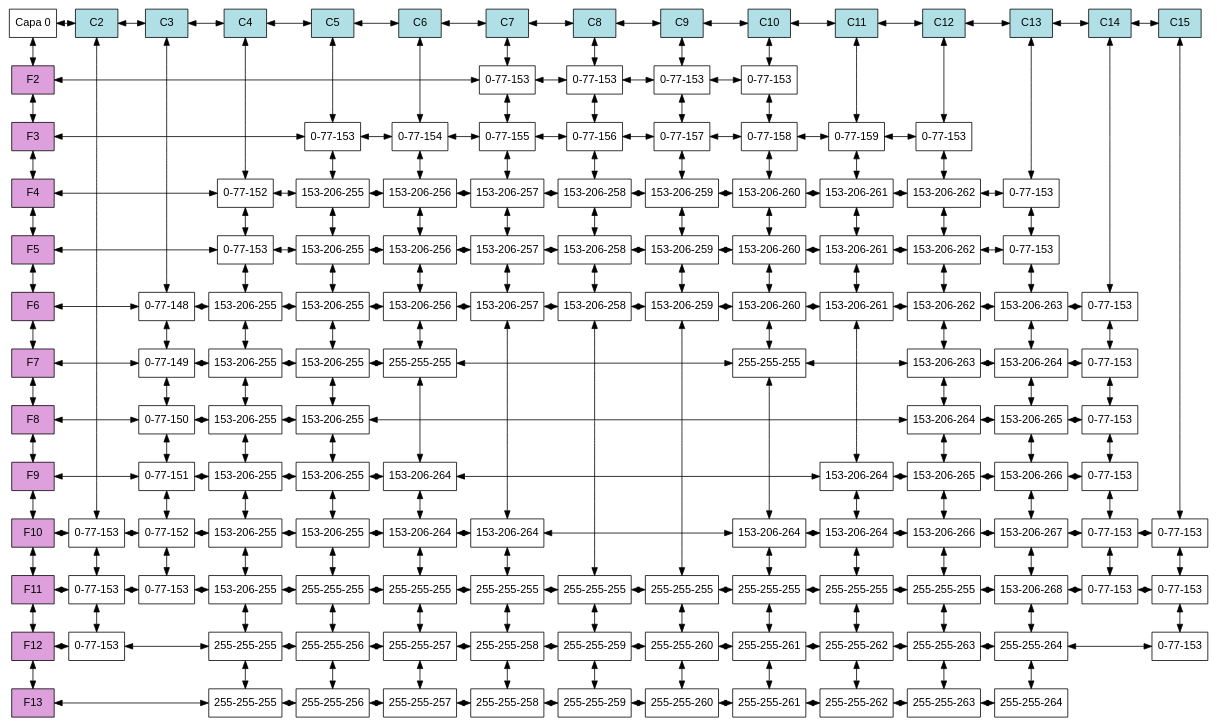
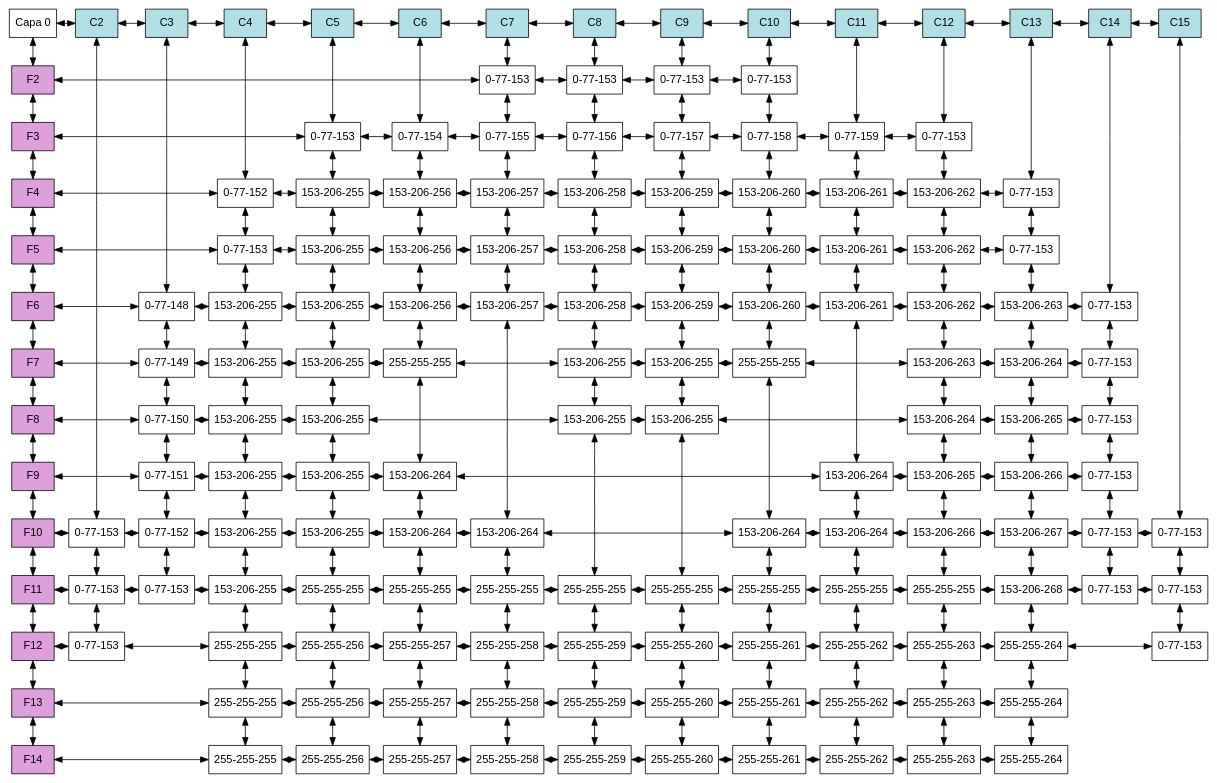
One commit to brandonT2002/EDD_VJ1S2023_PY_202112030 changed the diagram in ave/Cuerpo.dot. Above: the diagram before and after it, drawn with Graphviz. The commit also changed 5 other files, not shown here.

```diff
--- a/ave/Cuerpo.dot
+++ b/ave/Cuerpo.dot
@@ -14,6 +14,7 @@
 	F11[group="0" fillcolor="plum"];
 	F12[group="0" fillcolor="plum"];
 	F13[group="0" fillcolor="plum"];
+	F14[group="0" fillcolor="plum"];
 	C2[group="2" fillcolor="powderblue"];
 	C3[group="3" fillcolor="powderblue"];
 	C4[group="4" fillcolor="powderblue"];
@@ -47,6 +48,7 @@
 	N11_4[group="4" label="153-206-255"];
 	N12_4[group="4" label="255-255-255"];
 	N13_4[group="4" label="255-255-255"];
+	N14_4[group="4" label="255-255-255"];
 	N3_5[group="5" label="0-77-153"];
 	N4_5[group="5" label="153-206-255"];
 	N5_5[group="5" label="153-206-255"];
@@ -58,6 +60,7 @@
 	N11_5[group="5" label="255-255-255"];
 	N12_5[group="5" label="255-255-256"];
 	N13_5[group="5" label="255-255-256"];
+	N14_5[group="5" label="255-255-256"];
 	N3_6[group="6" label="0-77-154"];
 	N4_6[group="6" label="153-206-256"];
 	N5_6[group="6" label="153-206-256"];
@@ -68,6 +71,7 @@
 	N11_6[group="6" label="255-255-255"];
 	N12_6[group="6" label="255-255-257"];
 	N13_6[group="6" label="255-255-257"];
+	N14_6[group="6" label="255-255-257"];
 	N2_7[group="7" label="0-77-153"];
 	N3_7[group="7" label="0-77-155"];
 	N4_7[group="7" label="153-206-257"];
@@ -77,22 +81,29 @@
 	N11_7[group="7" label="255-255-255"];
 	N12_7[group="7" label="255-255-258"];
 	N13_7[group="7" label="255-255-258"];
+	N14_7[group="7" label="255-255-258"];
 	N2_8[group="8" label="0-77-153"];
 	N3_8[group="8" label="0-77-156"];
 	N4_8[group="8" label="153-206-258"];
 	N5_8[group="8" label="153-206-258"];
 	N6_8[group="8" label="153-206-258"];
+	N7_8[group="8" label="153-206-255"];
+	N8_8[group="8" label="153-206-255"];
 	N11_8[group="8" label="255-255-255"];
 	N12_8[group="8" label="255-255-259"];
 	N13_8[group="8" label="255-255-259"];
+	N14_8[group="8" label="255-255-259"];
 	N2_9[group="9" label="0-77-153"];
 	N3_9[group="9" label="0-77-157"];
 	N4_9[group="9" label="153-206-259"];
 	N5_9[group="9" label="153-206-259"];
 	N6_9[group="9" label="153-206-259"];
+	N7_9[group="9" label="153-206-255"];
+	N8_9[group="9" label="153-206-255"];
 	N11_9[group="9" label="255-255-255"];
 	N12_9[group="9" label="255-255-260"];
 	N13_9[group="9" label="255-255-260"];
+	N14_9[group="9" label="255-255-260"];
 	N2_10[group="10" label="0-77-153"];
 	N3_10[group="10" label="0-77-158"];
 	N4_10[group="10" label="153-206-260"];
@@ -103,6 +114,7 @@
 	N11_10[group="10" label="255-255-255"];
 	N12_10[group="10" label="255-255-261"];
 	N13_10[group="10" label="255-255-261"];
+	N14_10[group="10" label="255-255-261"];
 	N3_11[group="11" label="0-77-159"];
 	N4_11[group="11" label="153-206-261"];
 	N5_11[group="11" label="153-206-261"];
@@ -112,6 +124,7 @@
 	N11_11[group="11" label="255-255-255"];
 	N12_11[group="11" label="255-255-262"];
 	N13_11[group="11" label="255-255-262"];
+	N14_11[group="11" label="255-255-262"];
 	N3_12[group="12" label="0-77-153"];
 	N4_12[group="12" label="153-206-262"];
 	N5_12[group="12" label="153-206-262"];
@@ -123,6 +136,7 @@
 	N11_12[group="12" label="255-255-255"];
 	N12_12[group="12" label="255-255-263"];
 	N13_12[group="12" label="255-255-263"];
+	N14_12[group="12" label="255-255-263"];
 	N4_13[group="13" label="0-77-153"];
 	N5_13[group="13" label="0-77-153"];
 	N6_13[group="13" label="153-206-263"];
@@ -133,6 +147,7 @@
 	N11_13[group="13" label="153-206-268"];
 	N12_13[group="13" label="255-255-264"];
 	N13_13[group="13" label="255-255-264"];
+	N14_13[group="13" label="255-255-264"];
 	N6_14[group="14" label="0-77-153"];
 	N7_14[group="14" label="0-77-153"];
 	N8_14[group="14" label="0-77-153"];
@@ -168,11 +183,11 @@
 	}
 	subgraph row7 {
 		rank = same;
-		F7 -> N7_3 -> N7_4 -> N7_5 -> N7_6 -> N7_10 -> N7_12 -> N7_13 -> N7_14;
+		F7 -> N7_3 -> N7_4 -> N7_5 -> N7_6 -> N7_8 -> N7_9 -> N7_10 -> N7_12 -> N7_13 -> N7_14;
 	}
 	subgraph row8 {
 		rank = same;
-		F8 -> N8_3 -> N8_4 -> N8_5 -> N8_12 -> N8_13 -> N8_14;
+		F8 -> N8_3 -> N8_4 -> N8_5 -> N8_8 -> N8_9 -> N8_12 -> N8_13 -> N8_14;
 	}
 	subgraph row9 {
 		rank = same;
@@ -194,8 +209,12 @@
 		rank = same;
 		F13 -> N13_4 -> N13_5 -> N13_6 -> N13_7 -> N13_8 -> N13_9 -> N13_10 -> N13_11 -> N13_12 -> N13_13;
 	}
+	subgraph row14 {
+		rank = same;
+		F14 -> N14_4 -> N14_5 -> N14_6 -> N14_7 -> N14_8 -> N14_9 -> N14_10 -> N14_11 -> N14_12 -> N14_13;
+	}
 	subgraph rowHeader {
-		Root -> F2 -> F3 -> F4 -> F5 -> F6 -> F7 -> F8 -> F9 -> F10 -> F11 -> F12 -> F13;
+		Root -> F2 -> F3 -> F4 -> F5 -> F6 -> F7 -> F8 -> F9 -> F10 -> F11 -> F12 -> F13 -> F14;
 	}
 	subgraph column2 {
 		C2 -> N10_2 -> N11_2 -> N12_2;
@@ -204,34 +223,34 @@
 		C3 -> N6_3 -> N7_3 -> N8_3 -> N9_3 -> N10_3 -> N11_3;
 	}
 	subgraph column4 {
-		C4 -> N4_4 -> N5_4 -> N6_4 -> N7_4 -> N8_4 -> N9_4 -> N10_4 -> N11_4 -> N12_4 -> N13_4;
+		C4 -> N4_4 -> N5_4 -> N6_4 -> N7_4 -> N8_4 -> N9_4 -> N10_4 -> N11_4 -> N12_4 -> N13_4 -> N14_4;
 	}
 	subgraph column5 {
-		C5 -> N3_5 -> N4_5 -> N5_5 -> N6_5 -> N7_5 -> N8_5 -> N9_5 -> N10_5 -> N11_5 -> N12_5 -> N13_5;
+		C5 -> N3_5 -> N4_5 -> N5_5 -> N6_5 -> N7_5 -> N8_5 -> N9_5 -> N10_5 -> N11_5 -> N12_5 -> N13_5 -> N14_5;
 	}
 	subgraph column6 {
-		C6 -> N3_6 -> N4_6 -> N5_6 -> N6_6 -> N7_6 -> N9_6 -> N10_6 -> N11_6 -> N12_6 -> N13_6;
+		C6 -> N3_6 -> N4_6 -> N5_6 -> N6_6 -> N7_6 -> N9_6 -> N10_6 -> N11_6 -> N12_6 -> N13_6 -> N14_6;
 	}
 	subgraph column7 {
-		C7 -> N2_7 -> N3_7 -> N4_7 -> N5_7 -> N6_7 -> N10_7 -> N11_7 -> N12_7 -> N13_7;
+		C7 -> N2_7 -> N3_7 -> N4_7 -> N5_7 -> N6_7 -> N10_7 -> N11_7 -> N12_7 -> N13_7 -> N14_7;
 	}
 	subgraph column8 {
-		C8 -> N2_8 -> N3_8 -> N4_8 -> N5_8 -> N6_8 -> N11_8 -> N12_8 -> N13_8;
+		C8 -> N2_8 -> N3_8 -> N4_8 -> N5_8 -> N6_8 -> N7_8 -> N8_8 -> N11_8 -> N12_8 -> N13_8 -> N14_8;
 	}
 	subgraph column9 {
-		C9 -> N2_9 -> N3_9 -> N4_9 -> N5_9 -> N6_9 -> N11_9 -> N12_9 -> N13_9;
+		C9 -> N2_9 -> N3_9 -> N4_9 -> N5_9 -> N6_9 -> N7_9 -> N8_9 -> N11_9 -> N12_9 -> N13_9 -> N14_9;
 	}
 	subgraph column10 {
-		C10 -> N2_10 -> N3_10 -> N4_10 -> N5_10 -> N6_10 -> N7_10 -> N10_10 -> N11_10 -> N12_10 -> N13_10;
+		C10 -> N2_10 -> N3_10 -> N4_10 -> N5_10 -> N6_10 -> N7_10 -> N10_10 -> N11_10 -> N12_10 -> N13_10 -> N14_10;
 	}
 	subgraph column11 {
-		C11 -> N3_11 -> N4_11 -> N5_11 -> N6_11 -> N9_11 -> N10_11 -> N11_11 -> N12_11 -> N13_11;
+		C11 -> N3_11 -> N4_11 -> N5_11 -> N6_11 -> N9_11 -> N10_11 -> N11_11 -> N12_11 -> N13_11 -> N14_11;
 	}
 	subgraph column12 {
-		C12 -> N3_12 -> N4_12 -> N5_12 -> N6_12 -> N7_12 -> N8_12 -> N9_12 -> N10_12 -> N11_12 -> N12_12 -> N13_12;
+		C12 -> N3_12 -> N4_12 -> N5_12 -> N6_12 -> N7_12 -> N8_12 -> N9_12 -> N10_12 -> N11_12 -> N12_12 -> N13_12 -> N14_12;
 	}
 	subgraph column13 {
-		C13 -> N4_13 -> N5_13 -> N6_13 -> N7_13 -> N8_13 -> N9_13 -> N10_13 -> N11_13 -> N12_13 -> N13_13;
+		C13 -> N4_13 -> N5_13 -> N6_13 -> N7_13 -> N8_13 -> N9_13 -> N10_13 -> N11_13 -> N12_13 -> N13_13 -> N14_13;
 	}
 	subgraph column14 {
 		C14 -> N6_14 -> N7_14 -> N8_14 -> N9_14 -> N10_14 -> N11_14;
```
